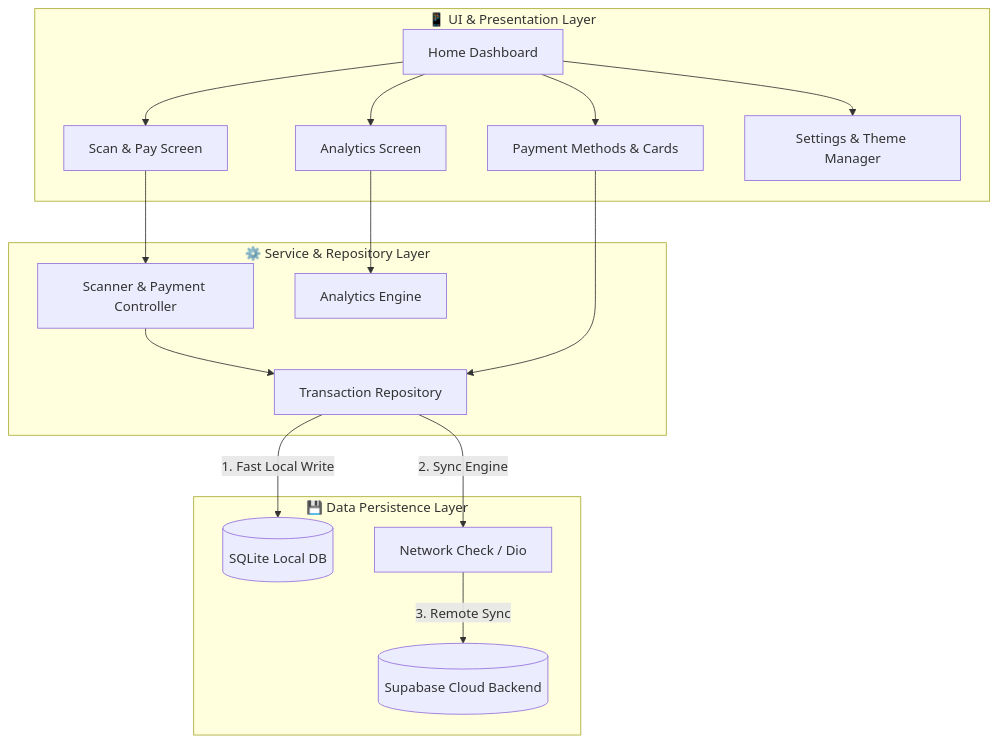
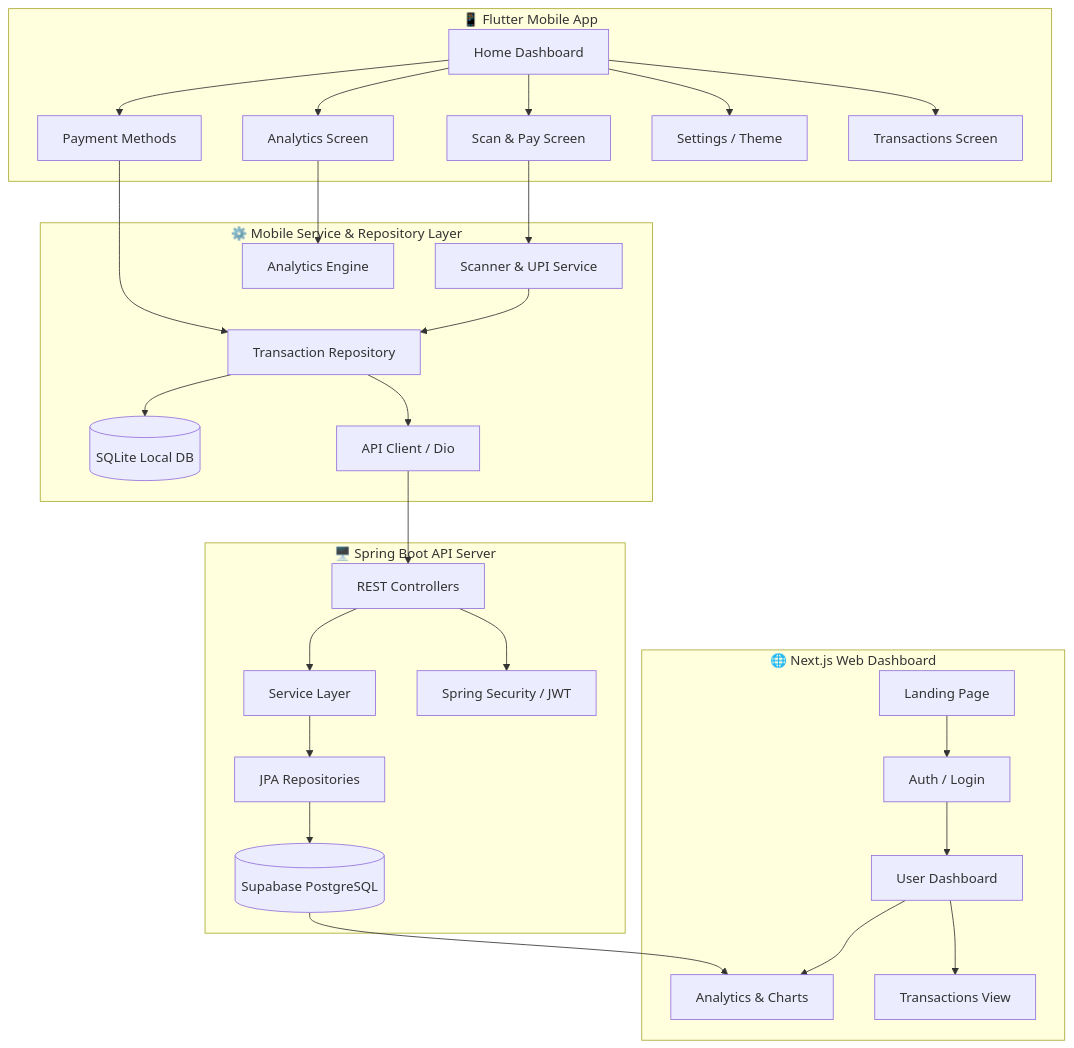
The first of 2 diagrams in README.md (Lovedragn/Huly-Pay), drawn with Mermaid before and after one commit. The commit also changed other lines of this file, not shown here.

Commit message:
docs: update root README to reflect full monorepo (Flutter + Spring Boot + Next.js)

````diff
--- a/README.md
+++ b/README.md
@@ -139,22 +259,36 @@
 ```mermaid
 graph TD
-    subgraph UI_Layer ["📱 UI & Presentation Layer"]
+    subgraph Mobile ["📱 Flutter Mobile App"]
         A[Home Dashboard] --> B[Scan & Pay Screen]
         A --> C[Analytics Screen]
-        A --> D[Payment Methods & Cards]
-        A --> E[Settings & Theme Manager]
+        A --> D[Payment Methods]
+        A --> E[Settings / Theme]
+        A --> F[Transactions Screen]
     end
 
-    subgraph Service_Layer ["⚙️ Service & Repository Layer"]
-        B --> F[Scanner & Payment Controller]
-        C --> G[Analytics Engine]
-        F --> H[Transaction Repository]
-        D --> H
+    subgraph Services ["⚙️ Mobile Service & Repository Layer"]
+        B --> G[Scanner & UPI Service]
+        C --> H[Analytics Engine]
+        G --> I[Transaction Repository]
+        D --> I
+        I --> J[(SQLite Local DB)]
+        I --> K[API Client / Dio]
     end
 
-    subgraph Data_Layer ["💾 Data Persistence Layer"]
-        H -->|1. Fast Local Write| I[(SQLite Local DB)]
-        H -->|2. Sync Engine| J[Network Check / Dio]
-        J -->|3. Remote Sync| K[(Supabase Cloud Backend)]
+    subgraph Backend ["🖥️ Spring Boot API Server"]
+        K --> L[REST Controllers]
+        L --> M[Service Layer]
+        M --> N[JPA Repositories]
+        N --> O[(Supabase PostgreSQL)]
+        L --> P[Spring Security / JWT]
     end
+
+    subgraph Web ["🌐 Next.js Web Dashboard"]
+        Q[Landing Page] --> R[Auth / Login]
+        R --> S[User Dashboard]
+        S --> T[Analytics & Charts]
+        S --> U[Transactions View]
+    end
+
+    O --> T
 ```
````
